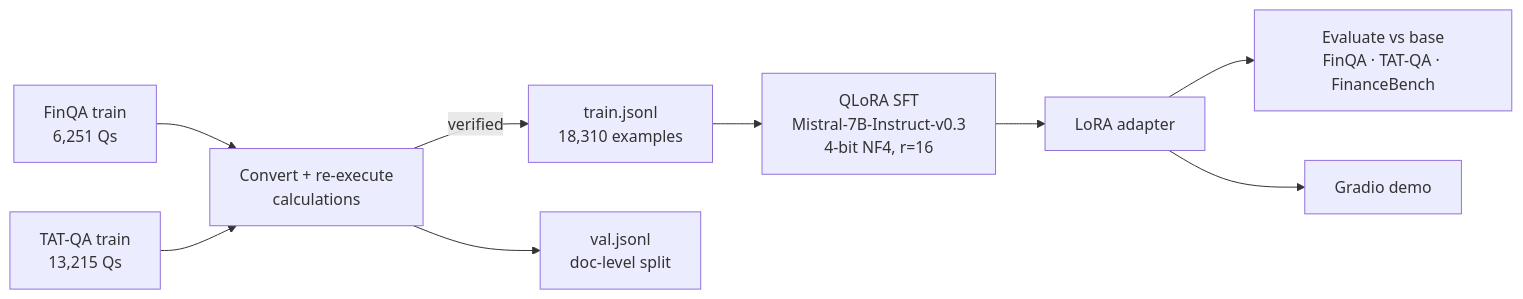
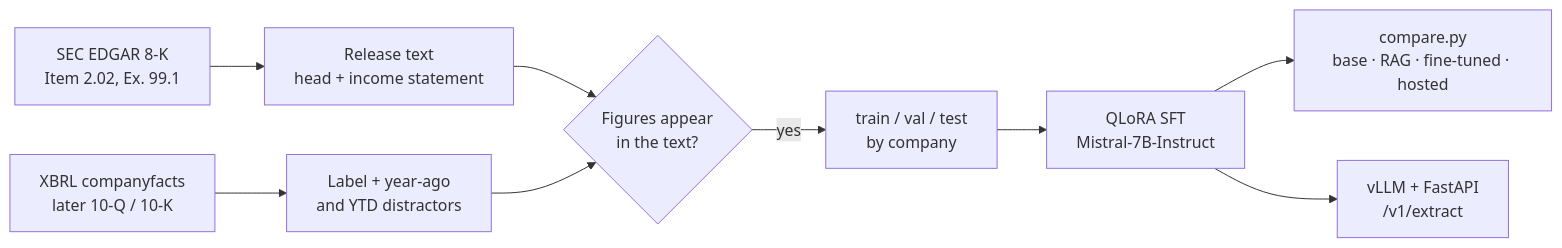
One commit to PujaSridhar/finsight changed the diagram in README.md. Above: the diagram before and after it, drawn with Mermaid. The commit also changed other lines of this file and 32 other files, not shown here.

First line of the commit message:
Reframe FinSight around earnings-release extraction

````diff
--- a/README.md
+++ b/README.md
@@ -47,11 +66,11 @@
 ```mermaid
 flowchart LR
-    A[FinQA train<br/>6,251 Qs] --> C[Convert + re-execute<br/>calculations]
-    B[TAT-QA train<br/>13,215 Qs] --> C
-    C -->|verified| D[train.jsonl<br/>18,310 examples]
-    C --> E[val.jsonl<br/>doc-level split]
-    D --> F[QLoRA SFT<br/>Mistral-7B-Instruct-v0.3<br/>4-bit NF4, r=16]
-    F --> G[LoRA adapter]
-    G --> H[Evaluate vs base<br/>FinQA · TAT-QA · FinanceBench]
-    G --> I[Gradio demo]
+    A[SEC EDGAR 8-K<br/>Item 2.02, Ex. 99.1] --> B[Release text<br/>head + income statement]
+    X[XBRL companyfacts<br/>later 10-Q / 10-K] --> L[Label + year-ago<br/>and YTD distractors]
+    B --> V{Figures appear<br/>in the text?}
+    L --> V
+    V -->|yes| D[train / val / test<br/>by company]
+    D --> T[QLoRA SFT<br/>Mistral-7B-Instruct]
+    T --> C[compare.py<br/>base · RAG · fine-tuned · hosted]
+    T --> S[vLLM + FastAPI<br/>/v1/extract]
 ```
````
